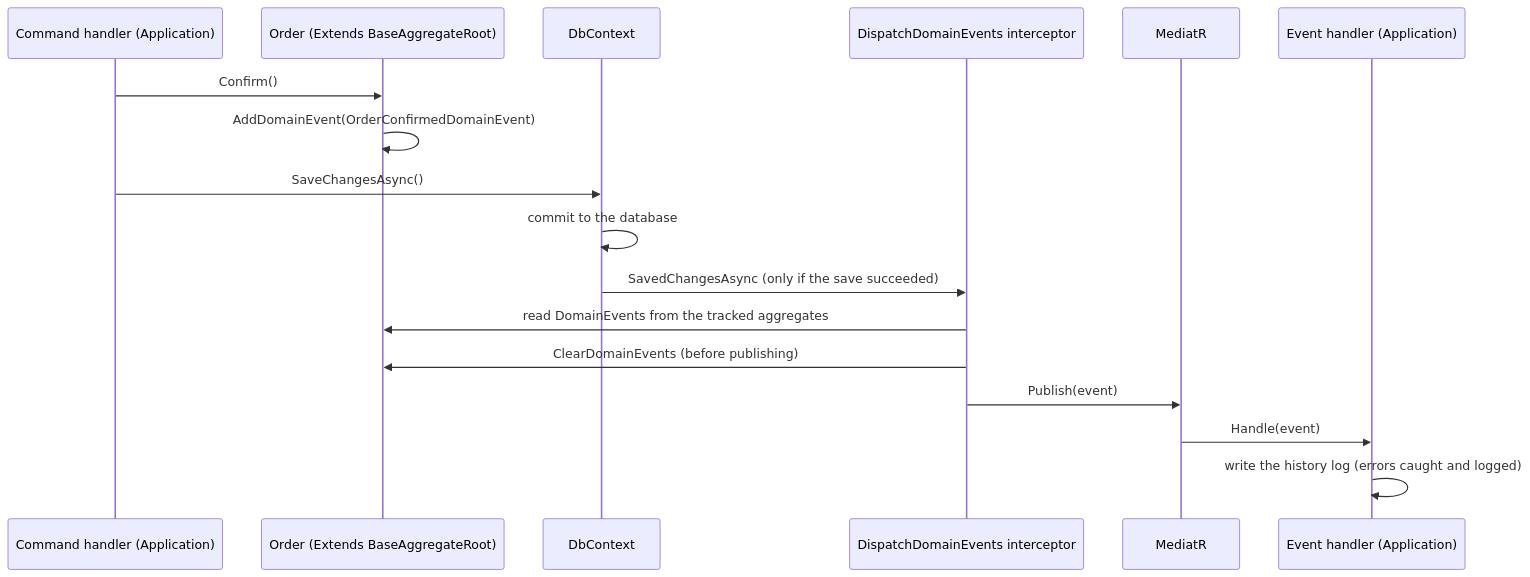
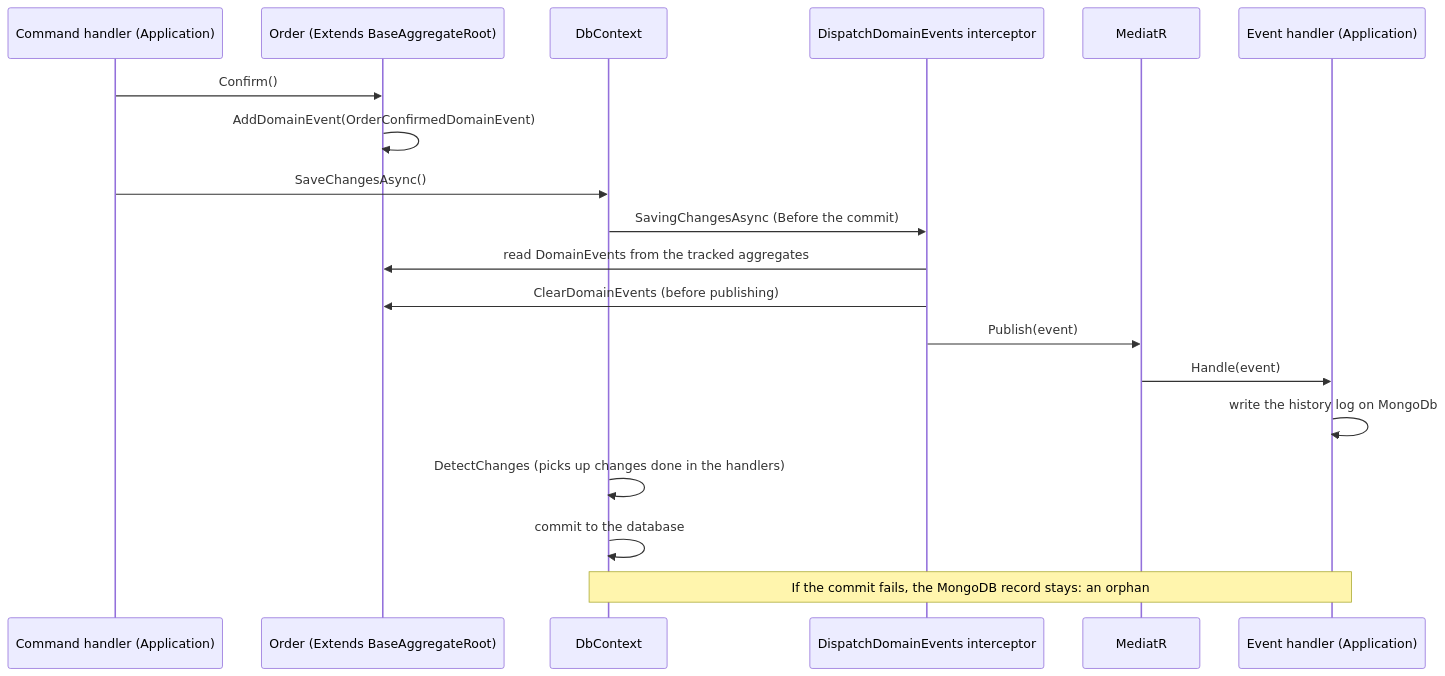
The second of 2 diagrams in docs/DomainEventsHandling.md (mgiuseppe/ProductApi_DotNet10), drawn with Mermaid before and after one commit. The commit also changed other lines of this file and 8 other files, not shown here.

Commit message:
Refactor domainevent handling metrics tracking. Execute handlers before the savechanges, move the metrics in the application layer to do it after the savechanges.

````diff
--- a/docs/DomainEventsHandling.md
+++ b/docs/DomainEventsHandling.md
@@ -29,20 +27,23 @@
 ```mermaid
 sequenceDiagram
     participant H as Command handler (Application)
     participant O as Order (Extends BaseAggregateRoot)
     participant C as DbContext
     participant I as DispatchDomainEvents interceptor
     participant M as MediatR
     participant E as Event handler (Application)
 
     H->>O: Confirm()
     O->>O: AddDomainEvent(OrderConfirmedDomainEvent)
     H->>C: SaveChangesAsync()
-    C->>C: commit to the database
-    C->>I: SavedChangesAsync (only if the save succeeded)
+    C->>I: SavingChangesAsync (Before the commit)
     I->>O: read DomainEvents from the tracked aggregates
     I->>O: ClearDomainEvents (before publishing)
     I->>M: Publish(event)
     M->>E: Handle(event)
-    E->>E: write the history log (errors caught and logged)
+    E->>E: write the history log on MongoDb
+    C->>C: DetectChanges (picks up changes done in the handlers)
+    C->>C: commit to the database
+
+    Note over E,C: If the commit fails, the MongoDB record stays: an orphan
 ```
````
